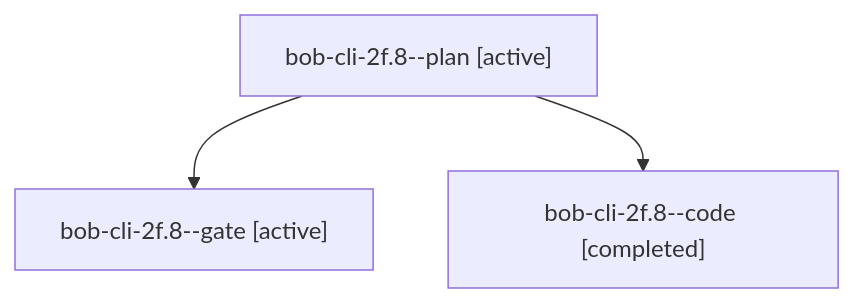
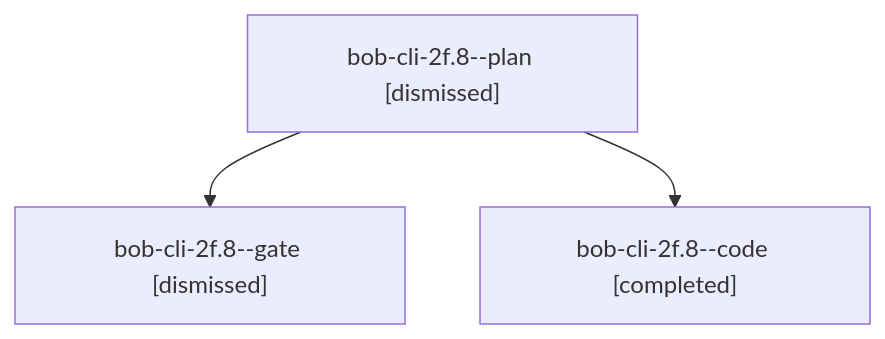
Before and after one commit to bobs-org/bob-cli--agents: the diagram in sessions/bbugyi200.apollo.bob-cli-2f.8.md, drawn with Mermaid. The commit also changed other lines of this file and 149 other files, not shown here.

````diff
--- a/sessions/bbugyi200.apollo.bob-cli-2f.8.md
+++ b/sessions/bbugyi200.apollo.bob-cli-2f.8.md
@@ -9,8 +9,8 @@
 ```mermaid
 flowchart TD
-  n0["bob-cli-2f.8--plan [active]"]
-  n1["bob-cli-2f.8--gate [active]"]
+  n0["bob-cli-2f.8--plan [dismissed]"]
+  n1["bob-cli-2f.8--gate [dismissed]"]
   n0 --> n1
   n2["bob-cli-2f.8--code [completed]"]
   n0 --> n2
 ```
````
